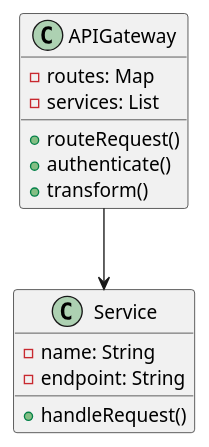
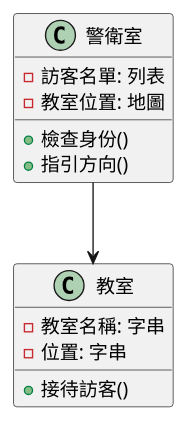
One commit to fine5351/info-sync changed the first of 3 diagrams in doc/learning/architecture/api_gateway_tutorial.md. Above: the diagram before and after it, drawn with PlantUML. The commit also changed other lines of this file and 35 other files, not shown here.

````diff
--- a/doc/learning/architecture/api_gateway_tutorial.md
+++ b/doc/learning/architecture/api_gateway_tutorial.md
@@ -18,19 +28,18 @@
 ```plantuml
 @startuml
-class APIGateway {
-    - routes: Map
-    - services: List
-    + routeRequest()
-    + authenticate()
-    + transform()
+class 警衛室 {
+    - 訪客名單: 列表
+    - 教室位置: 地圖
+    + 檢查身份()
+    + 指引方向()
 }
 
-class Service {
-    - name: String
-    - endpoint: String
-    + handleRequest()
+class 教室 {
+    - 教室名稱: 字串
+    - 位置: 字串
+    + 接待訪客()
 }
 
-APIGateway --> Service
+警衛室 --> 教室
 @enduml
 ```
````
